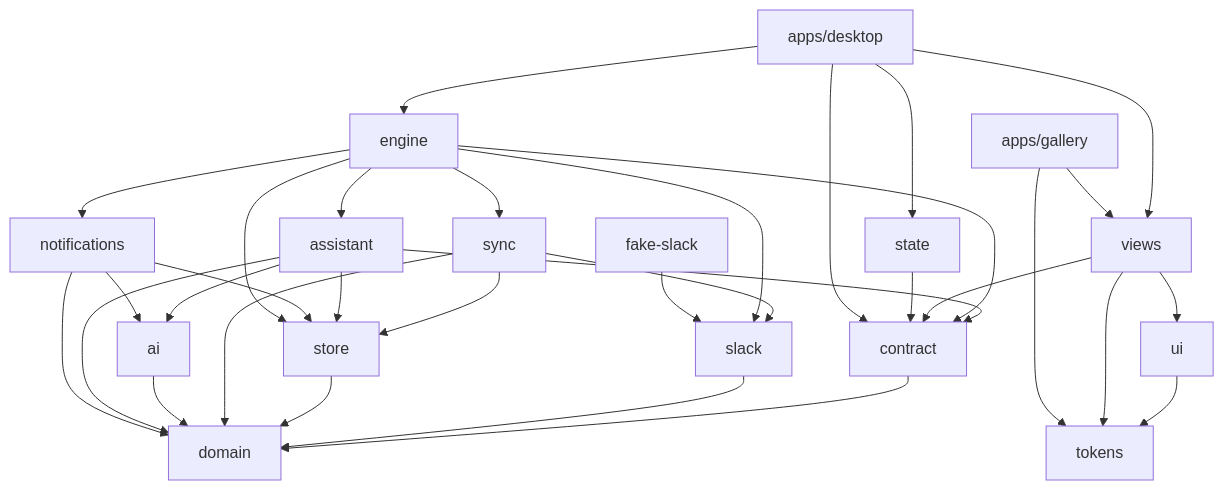
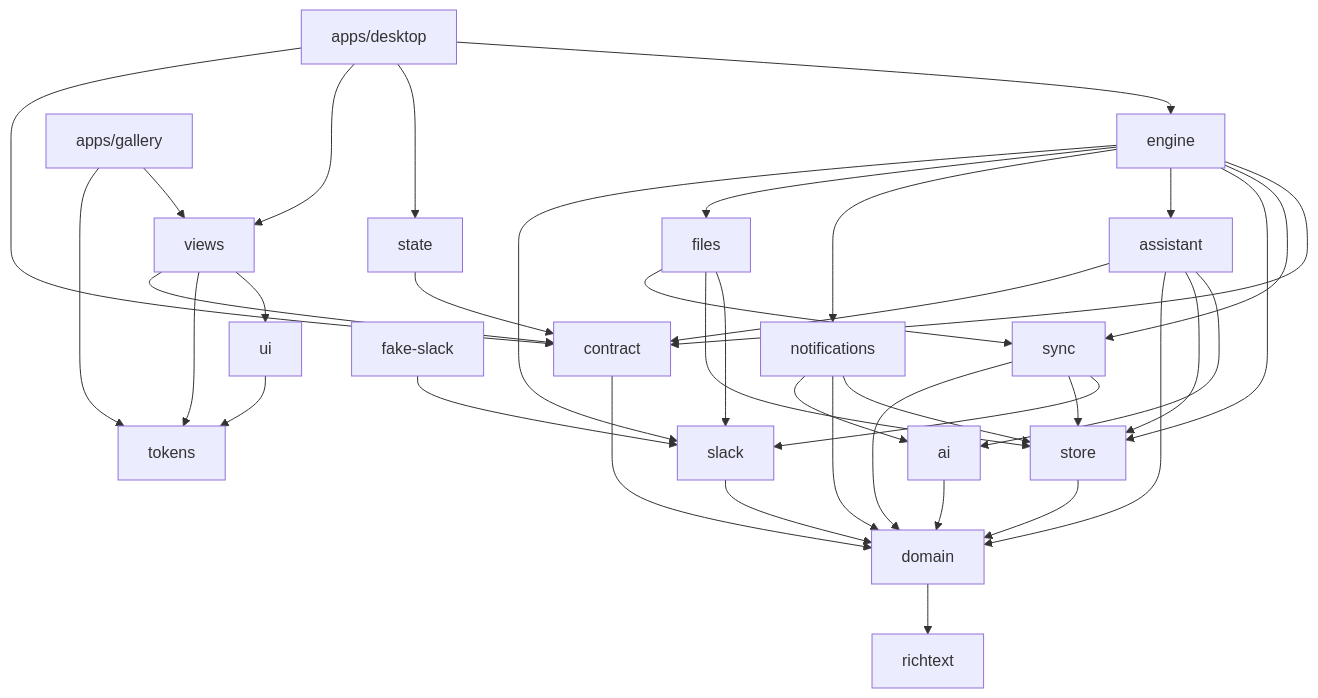
Before and after one commit to triptu/juno: the second of 2 diagrams in docs/architecture.md, drawn with Mermaid. The commit also changed other lines of this file and 10 other files, not shown here.

Commit message:
Revise architecture after review: Electron net, merge rules, split databases, protocol spike

````diff
--- a/docs/architecture.md
+++ b/docs/architecture.md
@@ -100,19 +103,21 @@
 ```mermaid
 flowchart TD
-  domain
+  richtext
+  domain --> richtext
   contract --> domain
   slack --> domain
   store --> domain
   sync --> slack & store & domain
   ai --> domain
   assistant --> ai & store & domain & contract
   notifications --> store & domain & ai
-  engine --> contract & sync & store & assistant & notifications & slack
+  files --> slack & store & sync
+  engine --> contract & sync & store & assistant & notifications & files & slack
   fake_slack[fake-slack] --> slack
   tokens
   ui --> tokens
   views --> ui & tokens & contract
   state --> contract
   desktop[apps/desktop] --> engine & state & views & contract
   gallery[apps/gallery] --> views & tokens
 ```
````
